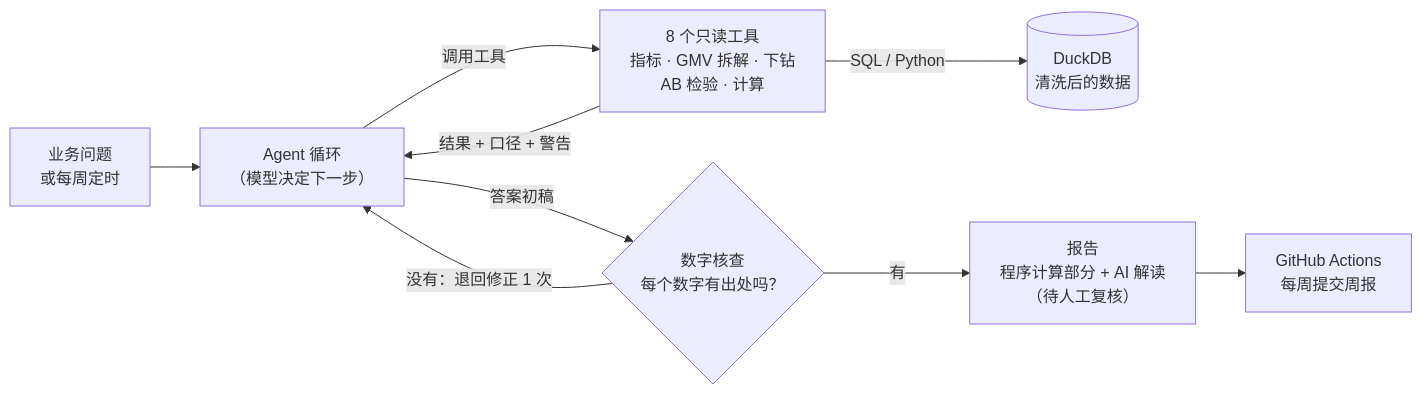
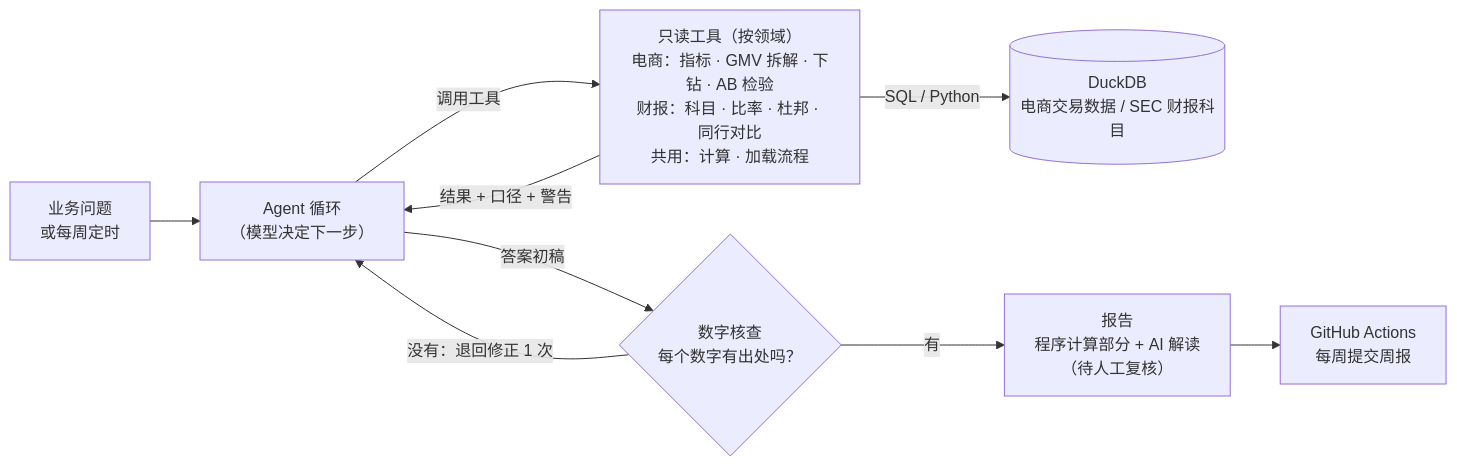
Before and after one commit to Eriksas/da-agent: the diagram in README.md, drawn with Mermaid. The commit also changed other lines of this file and 2 other files, not shown here.

````diff
--- a/README.md
+++ b/README.md
@@ -12,11 +12,11 @@
 ```mermaid
 flowchart LR
     Q["业务问题<br/>或每周定时"] --> A["Agent 循环<br/>（模型决定下一步）"]
-    A -- "调用工具" --> T["8 个只读工具<br/>指标 · GMV 拆解 · 下钻<br/>AB 检验 · 计算"]
-    T -- "SQL / Python" --> D[("DuckDB<br/>清洗后的数据")]
+    A -- "调用工具" --> T["只读工具（按领域）<br/>电商：指标 · GMV 拆解 · 下钻 · AB 检验<br/>财报：科目 · 比率 · 杜邦 · 同行对比<br/>共用：计算 · 加载流程"]
+    T -- "SQL / Python" --> D[("DuckDB<br/>电商交易数据 / SEC 财报科目")]
     T -- "结果 + 口径 + 警告" --> A
     A -- "答案初稿" --> C{"数字核查<br/>每个数字有出处吗？"}
     C -- "没有：退回修正 1 次" --> A
     C -- "有" --> R["报告<br/>程序计算部分 + AI 解读<br/>（待人工复核）"]
     R --> W["GitHub Actions<br/>每周提交周报"]
 ```
````
